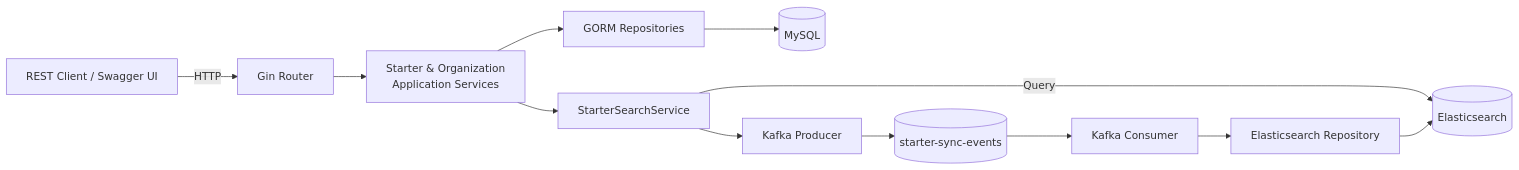
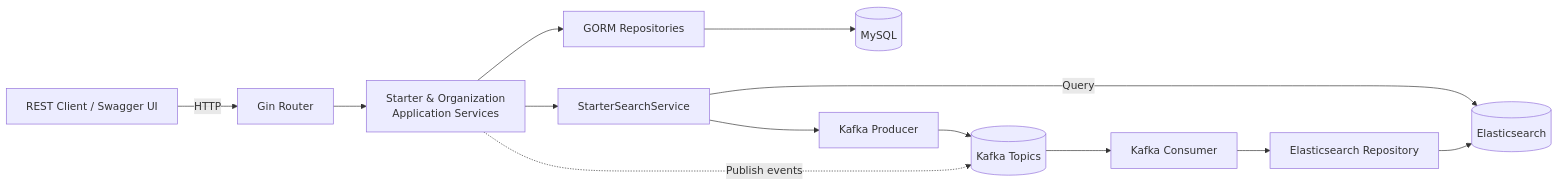
The first of 4 diagrams in README.md (kiin21/go-rest), drawn with Mermaid before and after one commit. The commit also changed other lines of this file and 34 other files, not shown here.

````diff
--- a/README.md
+++ b/README.md
@@ -9,19 +109,20 @@
 ```mermaid
 flowchart LR
     Client["REST Client / Swagger UI"]
     Router["Gin Router"]
     AppSvc["Starter & Organization\nApplication Services"]
     Repo["GORM Repositories"]
     DB[(MySQL)]
     SearchSvc["StarterSearchService"]
     Producer["Kafka Producer"]
-    Kafka[(starter-sync-events)]
+    Kafka[(Kafka Topics)]
     Consumer["Kafka Consumer"]
     ESRepo["Elasticsearch Repository"]
     ES[(Elasticsearch)]
 
     Client -->|HTTP| Router --> AppSvc --> Repo --> DB
     AppSvc --> SearchSvc
     SearchSvc -->|Query| ES
     SearchSvc --> Producer --> Kafka --> Consumer --> ESRepo --> ES
+    AppSvc -.->|Publish events| Kafka
 ```
````
